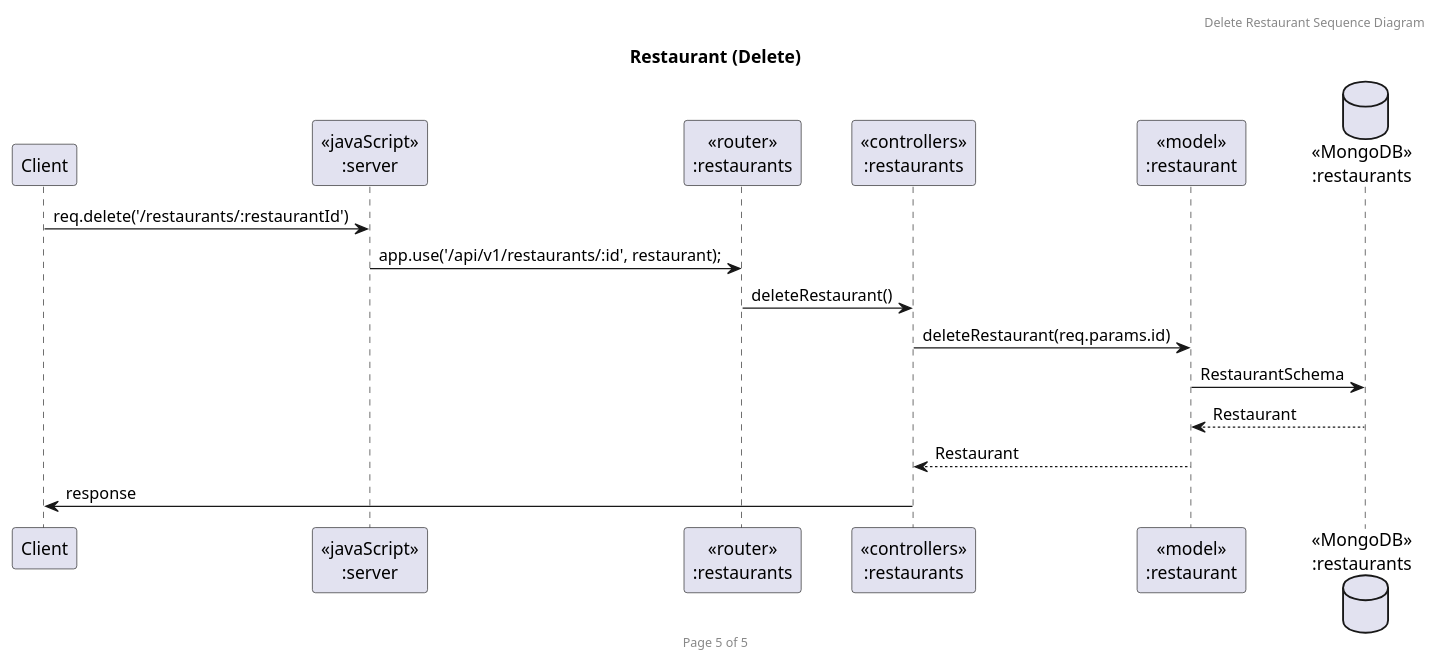
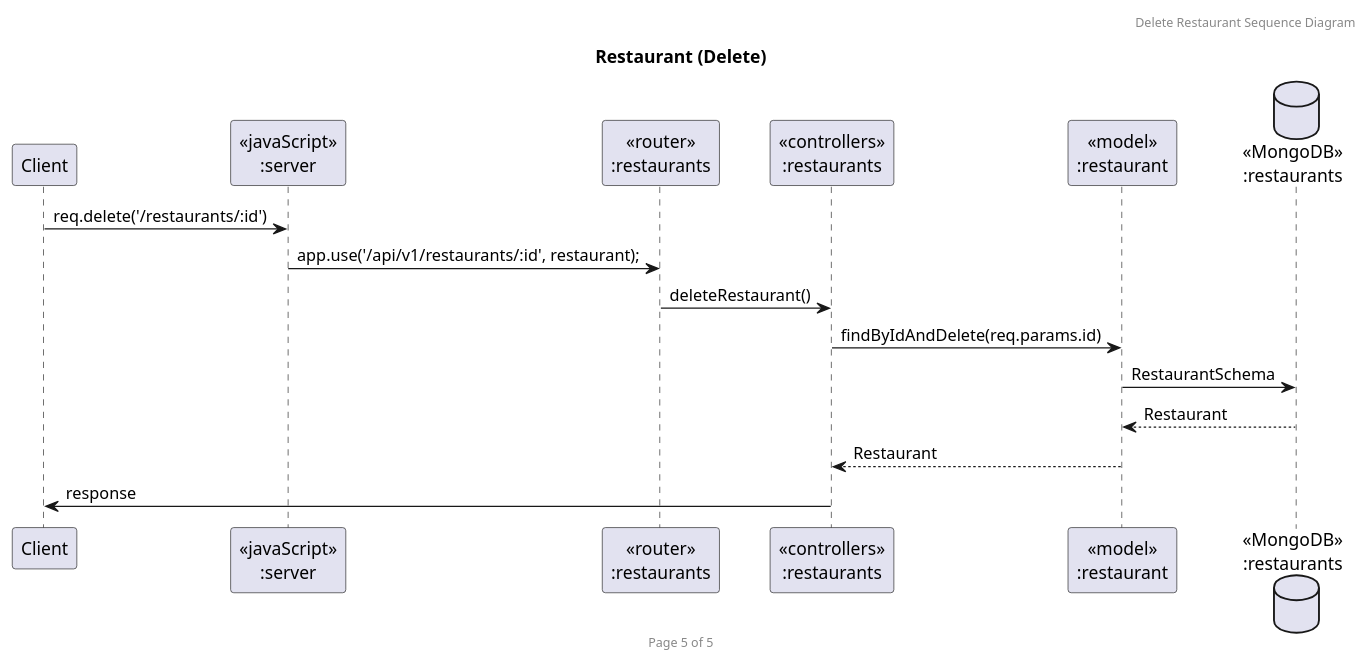
Before and after one commit to marshmeowllo/RestaurantReservation: the diagram in Sequence Diagram/Restaurant/RestaurantDelete.puml, drawn with PlantUML. The commit also changed 12 other files, not shown here.

```diff
--- a/Sequence Diagram/Restaurant/RestaurantDelete.puml
+++ b/Sequence Diagram/Restaurant/RestaurantDelete.puml
@@ -1,23 +1,23 @@
 @startuml Restaurant (Delete)
 
 header Delete Restaurant Sequence Diagram
 footer Page 5 of 5
 title "Restaurant (Delete)"
 
 participant "Client" as client
 participant "<<javaScript>>\n:server" as server
 participant "<<router>>\n:restaurants" as routerRestaurants
 participant "<<controllers>>\n:restaurants" as controllersRestaurants
 participant "<<model>>\n:restaurant" as modelRestaurants
 database "<<MongoDB>>\n:restaurants" as RestaurantDatabase
 
-client->server: req.delete('/restaurants/:restaurantId')
+client->server: req.delete('/restaurants/:id')
 server->routerRestaurants: app.use('/api/v1/restaurants/:id', restaurant);
 routerRestaurants->controllersRestaurants: deleteRestaurant()
-controllersRestaurants->modelRestaurants: deleteRestaurant(req.params.id)
+controllersRestaurants->modelRestaurants: findByIdAndDelete(req.params.id)
 modelRestaurants->RestaurantDatabase: RestaurantSchema
 RestaurantDatabase --> modelRestaurants --: Restaurant
 controllersRestaurants <-- modelRestaurants --:Restaurant
 controllersRestaurants->client --:response
 
 @enduml
```
